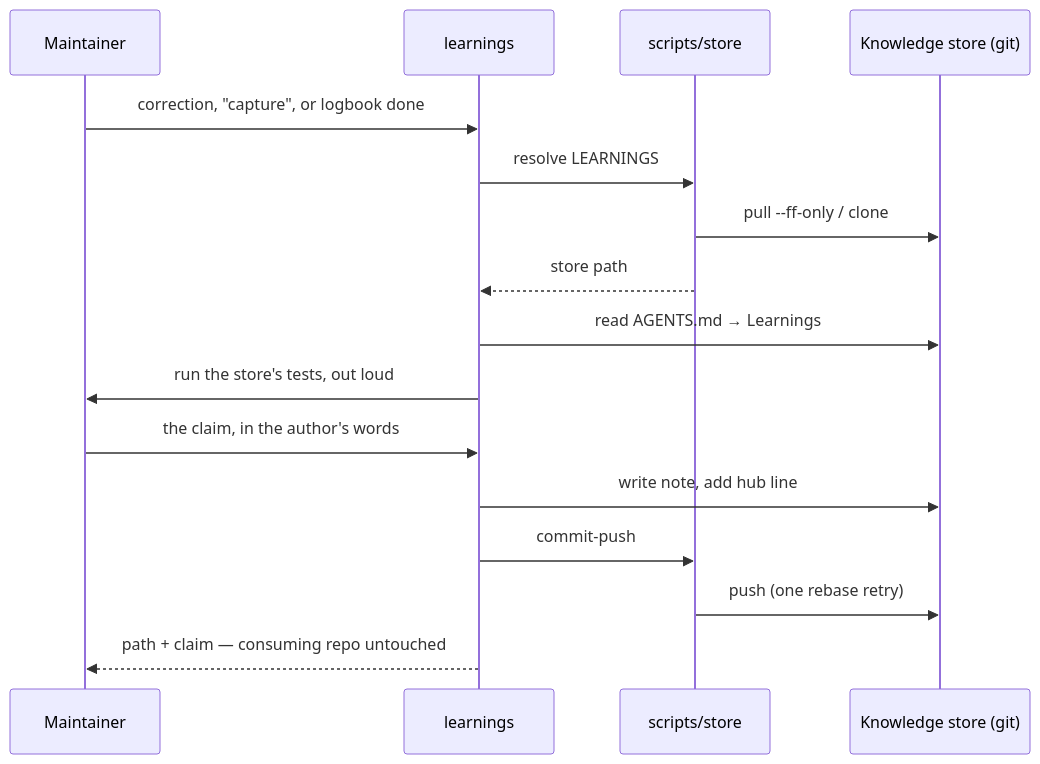
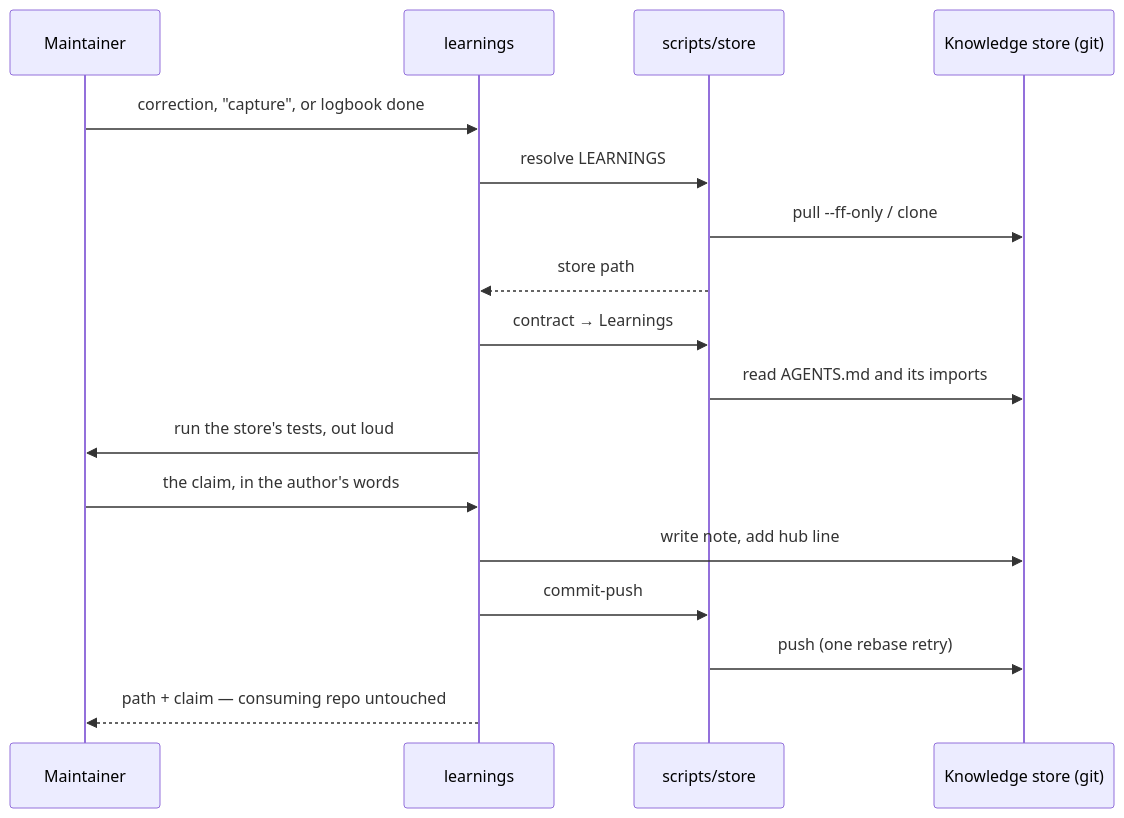
Before and after one commit to xxthunder/xxthunder-agentic-skills: the sixth of 8 diagrams in docs/architecture.md, drawn with Mermaid. The commit also changed other lines of this file and 8 other files, not shown here.

First line of the commit message:
feat(store): read a contract through AGENTS.md imports (XAS-045)

````diff
--- a/docs/architecture.md
+++ b/docs/architecture.md
@@ -218,18 +220,19 @@
 ```mermaid
 sequenceDiagram
     participant U as Maintainer
     participant L as learnings
     participant S as scripts/store
     participant K as Knowledge store (git)
     U->>L: correction, "capture", or logbook done
     L->>S: resolve LEARNINGS
     S->>K: pull --ff-only / clone
     S-->>L: store path
-    L->>K: read AGENTS.md → Learnings
+    L->>S: contract → Learnings
+    S->>K: read AGENTS.md and its imports
     L->>U: run the store's tests, out loud
     U->>L: the claim, in the author's words
     L->>K: write note, add hub line
     L->>S: commit-push
     S->>K: push (one rebase retry)
     L-->>U: path + claim — consuming repo untouched
 ```
````
